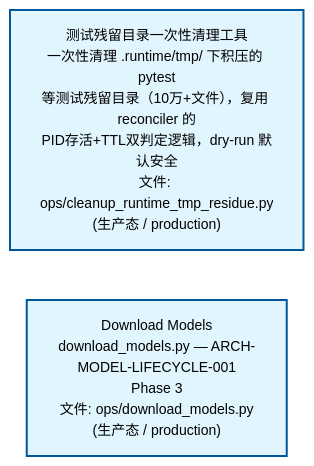
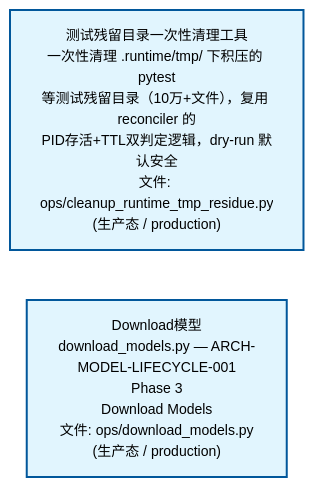
Before and after one commit to xuanFelixVan/ZephyrAlpha: the second of 3 diagrams in docs/02_enterprise_architecture/02_domain_architecture_docs/04_d_infra_ops.md, drawn with Mermaid. The commit also changed other lines of this file and 56 other files, not shown here.

````diff
--- a/docs/02_enterprise_architecture/02_domain_architecture_docs/04_d_infra_ops.md
+++ b/docs/02_enterprise_architecture/02_domain_architecture_docs/04_d_infra_ops.md
@@ -75,12 +75,12 @@
 ```mermaid
 %%{init: {'theme': 'base', 'themeVariables': {'primaryColor': '#eaeaea', 'primaryTextColor': '#333333', 'primaryBorderColor': '#666666', 'lineColor': '#666666', 'secondaryColor': '#eaeaea', 'tertiaryColor': '#eaeaea', 'fontSize': '14px'}}}%%
 flowchart TD
     scripts_ops_cleanup_runtime_tmp_residue_py["测试残留目录一次性清理工具<br/>一次性清理 .runtime/tmp/ 下积压的 pytest<br/>等测试残留目录（10万+文件），复用 reconciler 的<br/>PID存活+TTL双判定逻辑，dry-run 默认安全<br/>文件: ops/cleanup_runtime_tmp_residue.py<br/>(生产态 / production)"]
-    scripts_ops_download_models_py["Download Models<br/>download_models.py — ARCH-MODEL-LIFECYCLE-001<br/>Phase 3<br/>文件: ops/download_models.py<br/>(生产态 / production)"]
+    scripts_ops_download_models_py["Download模型<br/>download_models.py — ARCH-MODEL-LIFECYCLE-001<br/>Phase 3<br/>Download Models<br/>文件: ops/download_models.py<br/>(生产态 / production)"]
     scripts_ops_cleanup_runtime_tmp_residue_py ~~~ scripts_ops_download_models_py
     classDef production fill:#e1f5fe,stroke:#01579b,stroke-width:2px,color:#000
     classDef design fill:#fff3e0,stroke:#e65100,stroke-width:2px,color:#000,stroke-dasharray: 5 5
     classDef external_prod fill:#e8f4fd,stroke:#0277bd,stroke-width:1px,color:#000
     classDef external_design fill:#fff8e7,stroke:#ef6c00,stroke-width:1px,color:#000,stroke-dasharray: 5 5
     class scripts_ops_cleanup_runtime_tmp_residue_py,scripts_ops_download_models_py production
 ```
````
